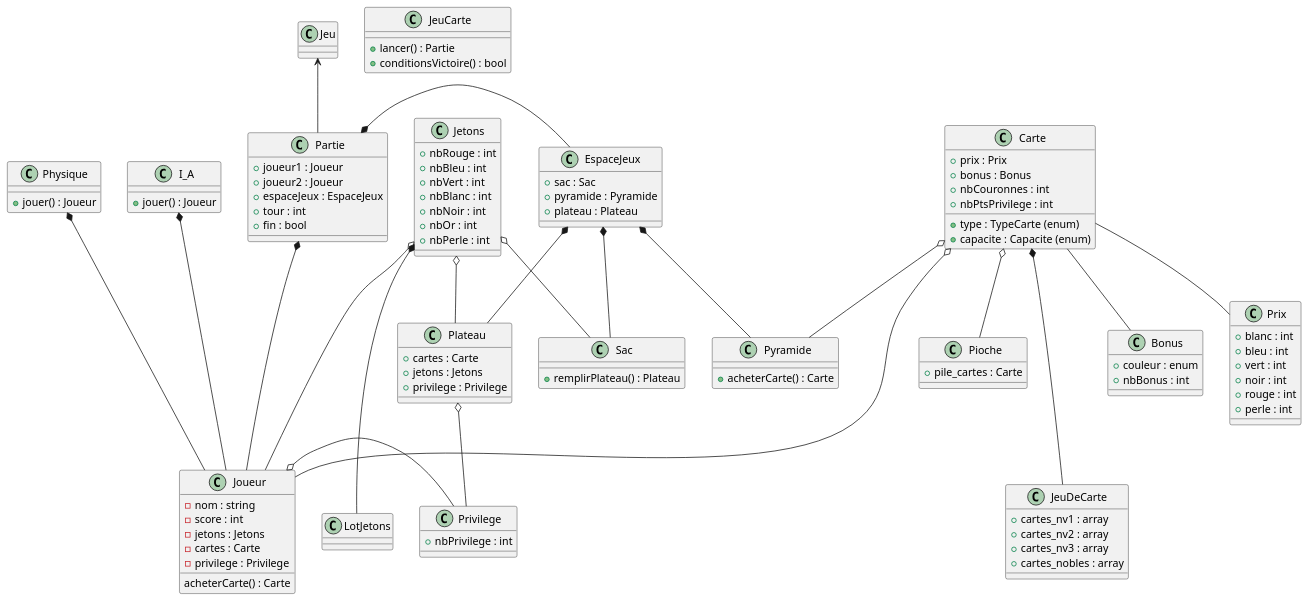
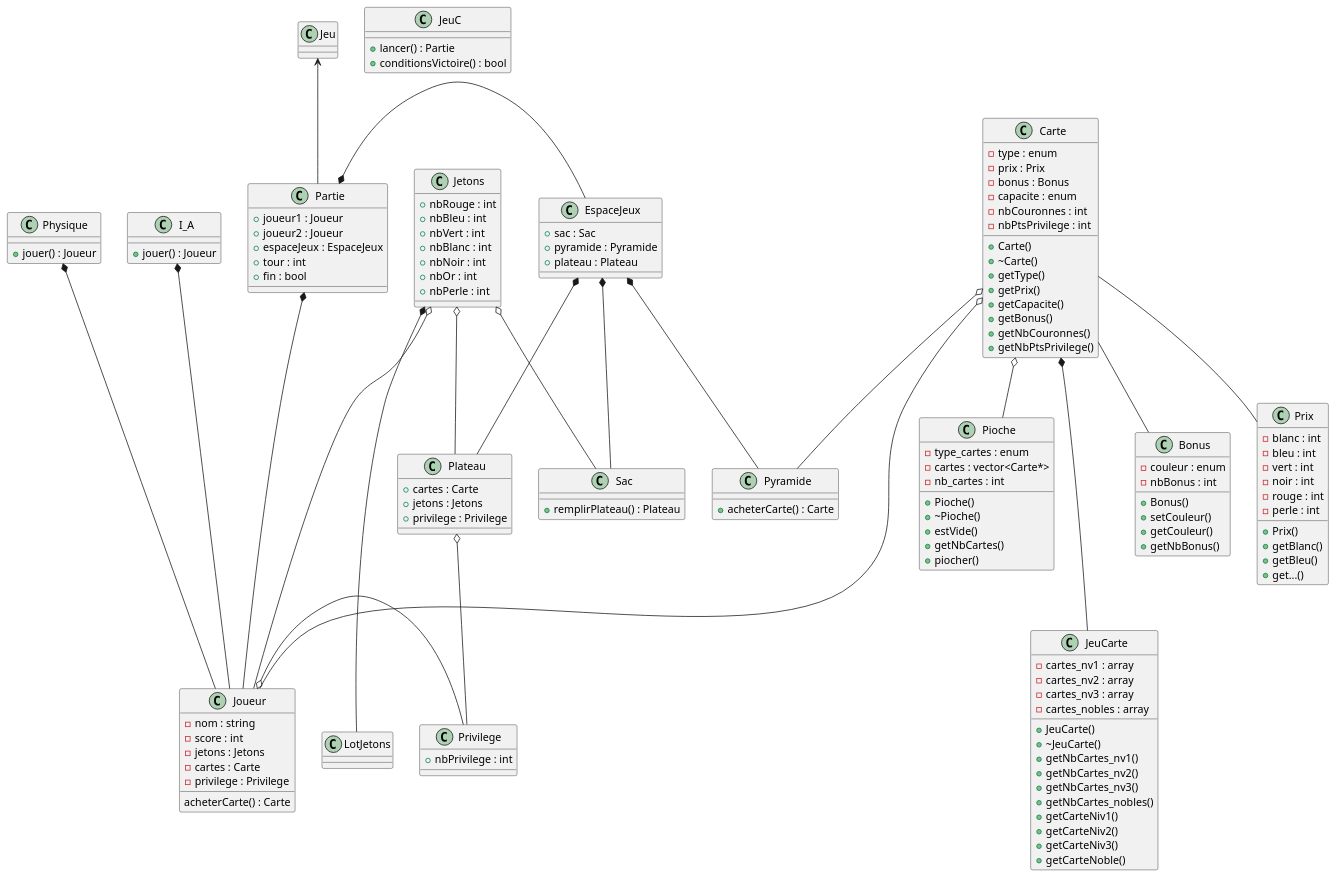
One commit to theguega/OOP-Board-Game changed the diagram in source/UML/UML-V1.plantuml. Above: the diagram before and after it, drawn with PlantUML. The commit also changed 3 other files, not shown here.

Commit message:
modifs UML

```diff
--- a/source/UML/UML-V1.plantuml
+++ b/source/UML/UML-V1.plantuml
@@ -1,136 +1,169 @@
 @startuml
 
 /'
     Diagramme de classe du jeu Splendor Duel
     Pour programmation objet C++
 '/
 
 class Joueur{
     - nom : string
     - score : int
     - jetons : Jetons
     - cartes : Carte
     - privilege : Privilege
 
     acheterCarte() : Carte
 }
 
 class I_A {
     + jouer() : Joueur
 }
 
 class Physique {
     + jouer() : Joueur
 }
 
 class Partie {
     + joueur1 : Joueur
     + joueur2 : Joueur
     + espaceJeux : EspaceJeux
     + tour : int
     + fin : bool
 }
 
 class EspaceJeux {
     + sac : Sac
     + pyramide : Pyramide
     + plateau : Plateau
 }
 
 class Sac{
     + remplirPlateau() : Plateau
 }
 
 class Pyramide {
     + acheterCarte() : Carte
 }
 
 class Carte{
-    + type : TypeCarte (enum)
-    + prix : Prix
-    + bonus : Bonus
-    + capacite : Capacite (enum)
-    + nbCouronnes : int
-    + nbPtsPrivilege : int
+    - type : enum
+    - prix : Prix
+    - bonus : Bonus
+    - capacite : enum
+    - nbCouronnes : int
+    - nbPtsPrivilege : int
+    + Carte()
+    + ~Carte()
+    + getType()
+    + getPrix() 
+    + getCapacite()
+    + getBonus()
+    + getNbCouronnes() 
+    + getNbPtsPrivilege()
 }
 
 class Bonus{
-    + couleur : enum
-    + nbBonus : int
+    - couleur : enum
+    - nbBonus : int
+    + Bonus()
+    + setCouleur()
+    + getCouleur()
+    + getNbBonus()
 }
 
 class Prix{
-    + blanc : int
-    + bleu : int
-    + vert : int
-    + noir : int
-    + rouge : int
-    + perle : int
+    - blanc : int
+    - bleu : int
+    - vert : int
+    - noir : int
+    - rouge : int
+    - perle : int
+    + Prix()
+    + getBlanc()
+    + getBleu()
+    + get...()
 }
 
 class Pioche {
-    + pile_cartes : Carte
+    - type_cartes : enum
+    - cartes : vector<Carte*>
+    - nb_cartes : int
+    + Pioche()
+    + ~Pioche()
+    + estVide()
+    + getNbCartes()
+    + piocher()
 }
 
 class Privilege {
     + nbPrivilege : int
 }
 
 class Jetons {
     + nbRouge : int
     + nbBleu : int
     + nbVert : int
     + nbBlanc : int
     + nbNoir : int
     + nbOr : int
     + nbPerle : int
 }
 
 class Plateau {
     + cartes : Carte
     + jetons : Jetons
     + privilege : Privilege
 }
 
-class JeuCarte {
+class JeuC {
     + lancer() : Partie
     + conditionsVictoire() : bool
 }
 
-class JeuDeCarte {
-    + cartes_nv1 : array
-    + cartes_nv2 : array
-    + cartes_nv3 : array
-    + cartes_nobles : array
+class JeuCarte {
+    - cartes_nv1 : array
+    - cartes_nv2 : array
+    - cartes_nv3 : array
+    - cartes_nobles : array
+    + JeuCarte()
+    + ~JeuCarte()
+    + getNbCartes_nv1()
+    + getNbCartes_nv2()
+    + getNbCartes_nv3()
+    + getNbCartes_nobles()
+    + getCarteNiv1()
+    + getCarteNiv2()
+    + getCarteNiv3()
+    + getCarteNoble()
 }
 
 class LotJetons {
 }
 
 Physique *--- Joueur
 I_A *--- Joueur
 
-Carte *--- JeuDeCarte
+Carte *--- JeuCarte
 Carte o-- Pyramide
 Carte o-- Pioche
 Carte o--- Joueur
 Carte -- Bonus
 Carte -- Prix
 
 Jetons *--- LotJetons
 Jetons o-- Sac
 Jetons o--- Joueur
 Jetons o-- Plateau
 
 Plateau o-- Privilege
 Joueur o- Privilege
 
 Partie *- EspaceJeux
 Partie *- Joueur
 
 EspaceJeux *-- Sac
 EspaceJeux *-- Pyramide
 EspaceJeux *-- Plateau
 
 Jeu <-- Partie
 @enduml
```
